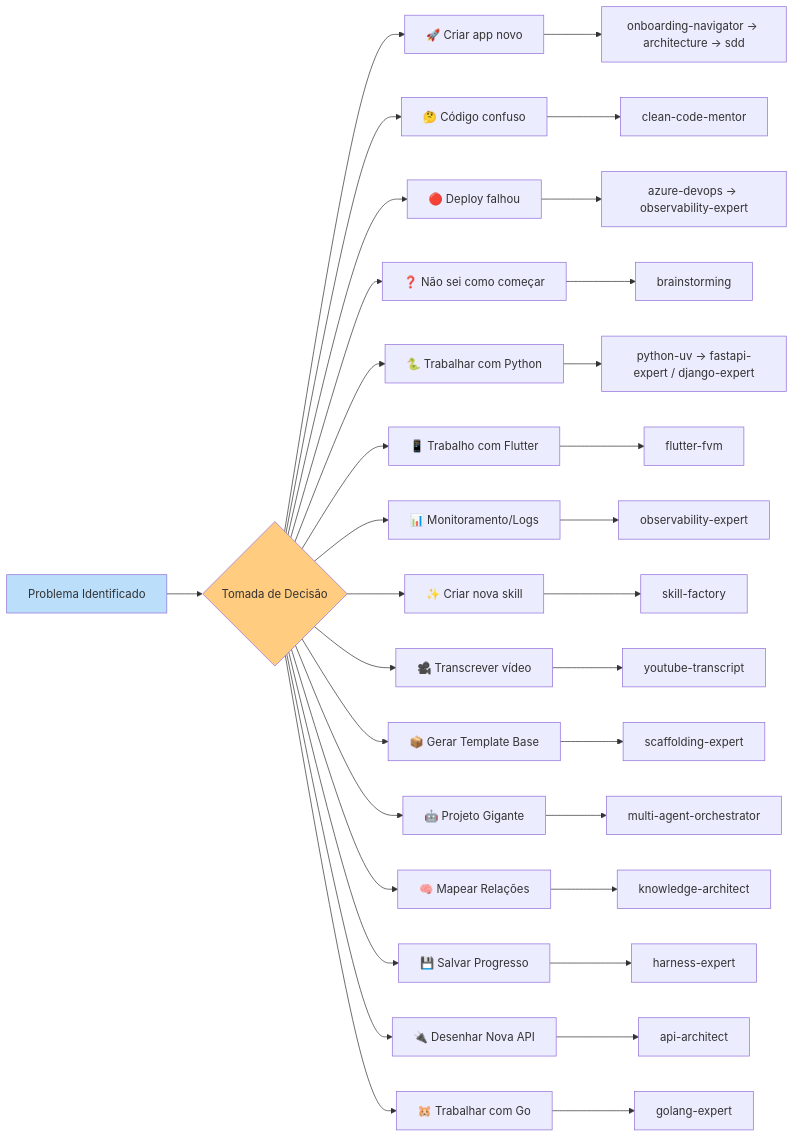
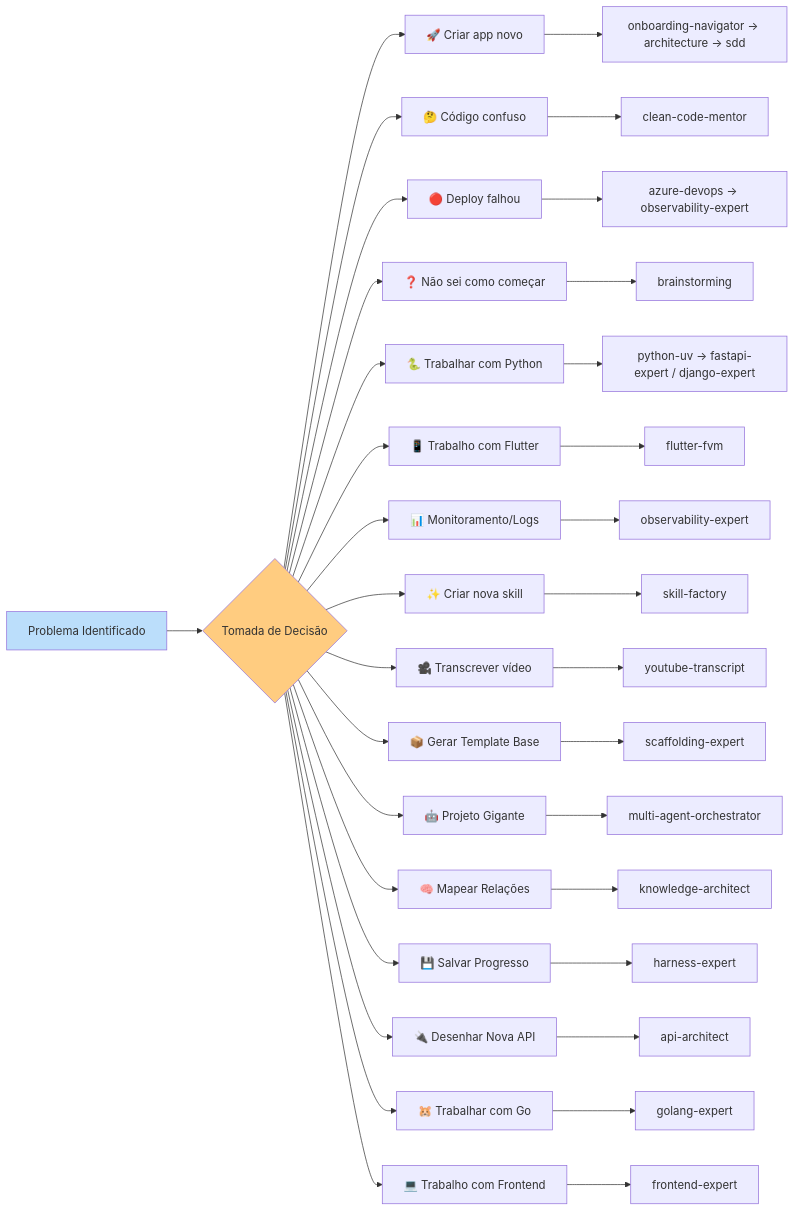
One commit to KlebersonCollab/skills changed the second of 2 diagrams in onboarding-navigator/references/skills-catalog.md. Above: the diagram before and after it, drawn with Mermaid. The commit also changed other lines of this file and 29 other files, not shown here.

````diff
--- a/onboarding-navigator/references/skills-catalog.md
+++ b/onboarding-navigator/references/skills-catalog.md
@@ -99,39 +101,41 @@
 ```mermaid
 flowchart LR
     Problem[Problema Identificado] --> Decision{Tomada de Decisão}
     
     Decision --> NewApp["🚀 Criar app novo"]
     Decision --> CodeSmell["🤔 Código confuso"]
     Decision --> DeployFailed["🔴 Deploy falhou"]
     Decision --> NoIdea["❓ Não sei como começar"]
     Decision --> PythonTask["🐍 Trabalhar com Python"]
     Decision --> FlutterTask["📱 Trabalho com Flutter"]
     Decision --> Monitor["📊 Monitoramento/Logs"]
     Decision --> NewSkill["✨ Criar nova skill"]
     Decision --> YoutubeVid["🎥 Transcrever vídeo"]
     Decision --> Scaffold["📦 Gerar Template Base"]
     Decision --> Orchestrate["🤖 Projeto Gigante"]
     Decision --> MapKnowledge["🧠 Mapear Relações"]
     Decision --> SaveState["💾 Salvar Progresso"]
     Decision --> NewAPI["🔌 Desenhar Nova API"]
     Decision --> GoTask["🐹 Trabalhar com Go"]
+    Decision --> FrontendTask["💻 Trabalho com Frontend"]
     
     NewApp --> Path1[onboarding-navigator → architecture → sdd]
     CodeSmell --> Path2[clean-code-mentor]
     DeployFailed --> Path3[azure-devops → observability-expert]
     NoIdea --> Path4[brainstorming]
     PythonTask --> Path5[python-uv → fastapi-expert / django-expert]
     FlutterTask --> Path6[flutter-fvm]
     Monitor --> Path7[observability-expert]
     NewSkill --> Path8[skill-factory]
     YoutubeVid --> Path9[youtube-transcript]
     Scaffold --> Path10[scaffolding-expert]
     Orchestrate --> Path11[multi-agent-orchestrator]
     MapKnowledge --> Path12[knowledge-architect]
     SaveState --> Path13[harness-expert]
     NewAPI --> Path14[api-architect]
     GoTask --> Path15[golang-expert]
+    FrontendTask --> Path16[frontend-expert]
     
     style Problem fill:#bbdefb
     style Decision fill:#ffcc80
 ```
````
